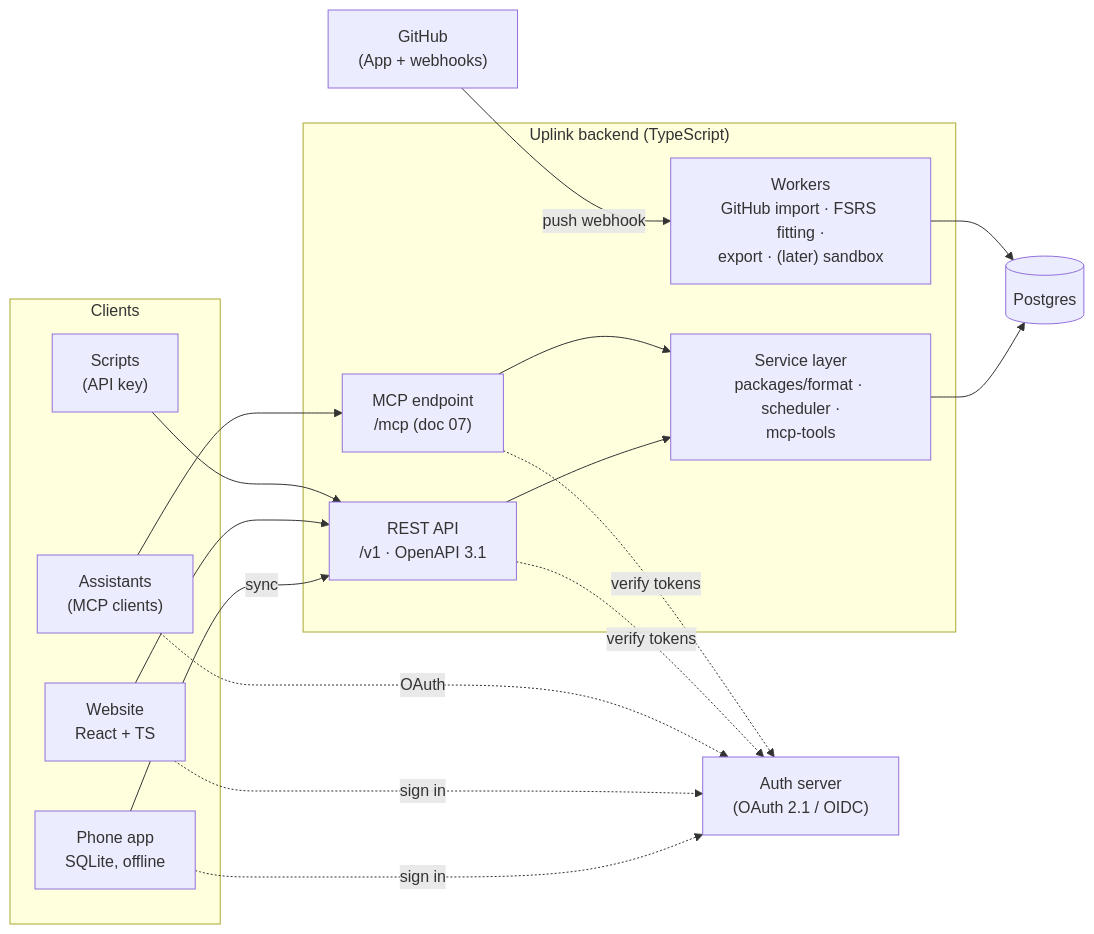
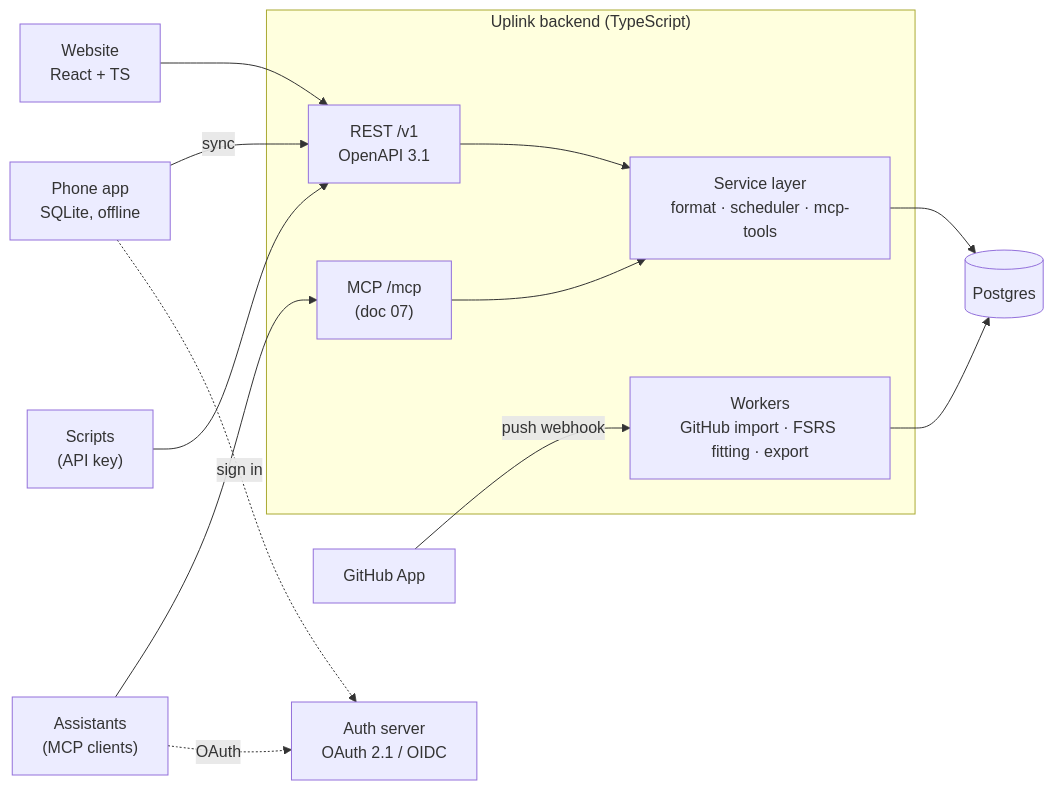
Before and after one commit to cameronvoell/uplink: the first of 2 diagrams in plans/08-website-and-backend.md, drawn with Mermaid. The commit also changed other lines of this file and 2 other files, not shown here.

Commit message:
Review plan 08: sync cursor cannot skip in-flight rows, cards keyed per deck, re-check AuthKit, Better Auth, Zero, PowerSync and Apple 4.8, schema to appendix, trim to 247 lines

````diff
--- a/plans/08-website-and-backend.md
+++ b/plans/08-website-and-backend.md
@@ -48,32 +45,19 @@
 ```mermaid
 flowchart LR
-  subgraph Clients
-    APP["Phone app<br/>SQLite, offline"]
-    WEB["Website<br/>React + TS"]
-    AG["Assistants<br/>(MCP clients)"]
-    SC["Scripts<br/>(API key)"]
+  APP["Phone app<br/>SQLite, offline"] -- "sync" --> API
+  WEB["Website<br/>React + TS"] --> API
+  SC["Scripts<br/>(API key)"] --> API
+  AG["Assistants<br/>(MCP clients)"] --> MCP
+  subgraph Uplink["Uplink backend (TypeScript)"]
+    API["REST /v1<br/>OpenAPI 3.1"] --> SVC
+    MCP["MCP /mcp<br/>(doc 07)"] --> SVC
+    SVC["Service layer<br/>format · scheduler · mcp-tools"]
+    WK["Workers<br/>GitHub import · FSRS fitting · export"]
   end
-  subgraph Uplink["Uplink backend (TypeScript)"]
-    API["REST API<br/>/v1 · OpenAPI 3.1"]
-    MCP["MCP endpoint<br/>/mcp (doc 07)"]
-    SVC["Service layer<br/>packages/format · scheduler ·<br/>mcp-tools"]
-    WK["Workers<br/>GitHub import · FSRS fitting ·<br/>export · (later) sandbox"]
-  end
-  AUTH["Auth server<br/>(OAuth 2.1 / OIDC)"]
-  PG[("Postgres")]
-  GH["GitHub<br/>(App + webhooks)"]
-  APP -- "sync" --> API
-  WEB --> API
-  SC --> API
-  AG --> MCP
-  API --> SVC
-  MCP --> SVC
-  SVC --> PG
+  SVC --> PG[("Postgres")]
   WK --> PG
-  GH -- "push webhook" --> WK
+  GH["GitHub App"] -- "push webhook" --> WK
+  AUTH["Auth server<br/>OAuth 2.1 / OIDC"]
   APP -. "sign in" .-> AUTH
-  WEB -. "sign in" .-> AUTH
   AG -. "OAuth" .-> AUTH
-  API -. "verify tokens" .-> AUTH
-  MCP -. "verify tokens" .-> AUTH
 ```
````
